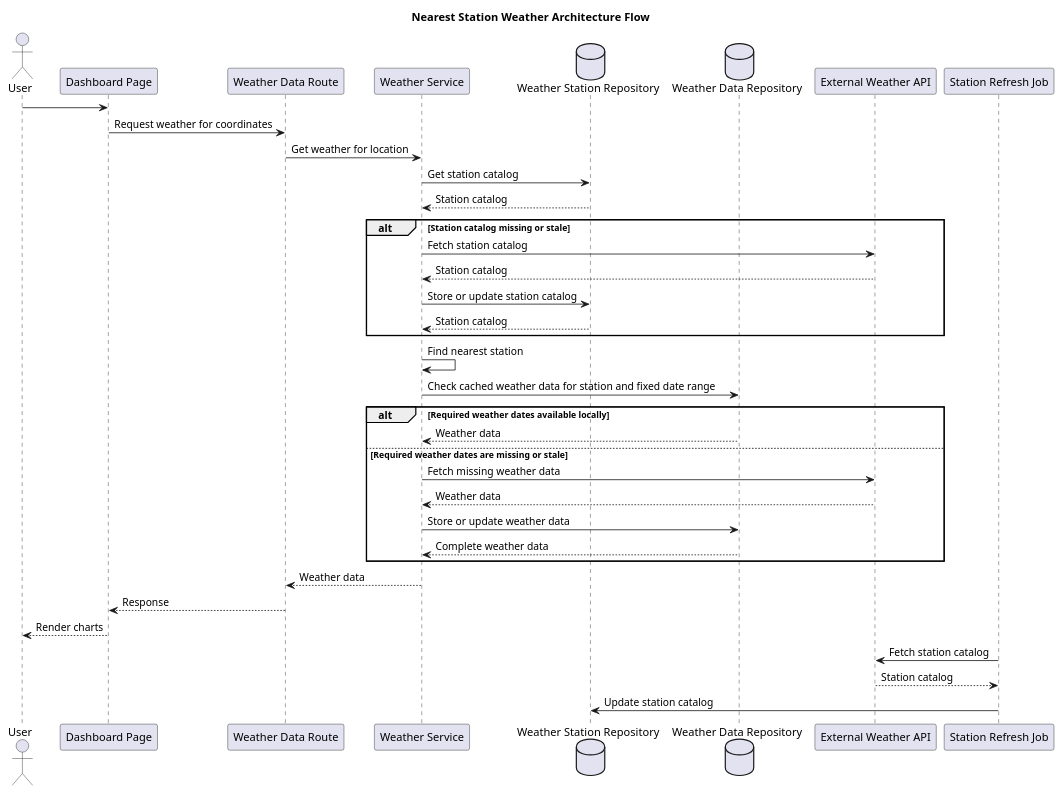
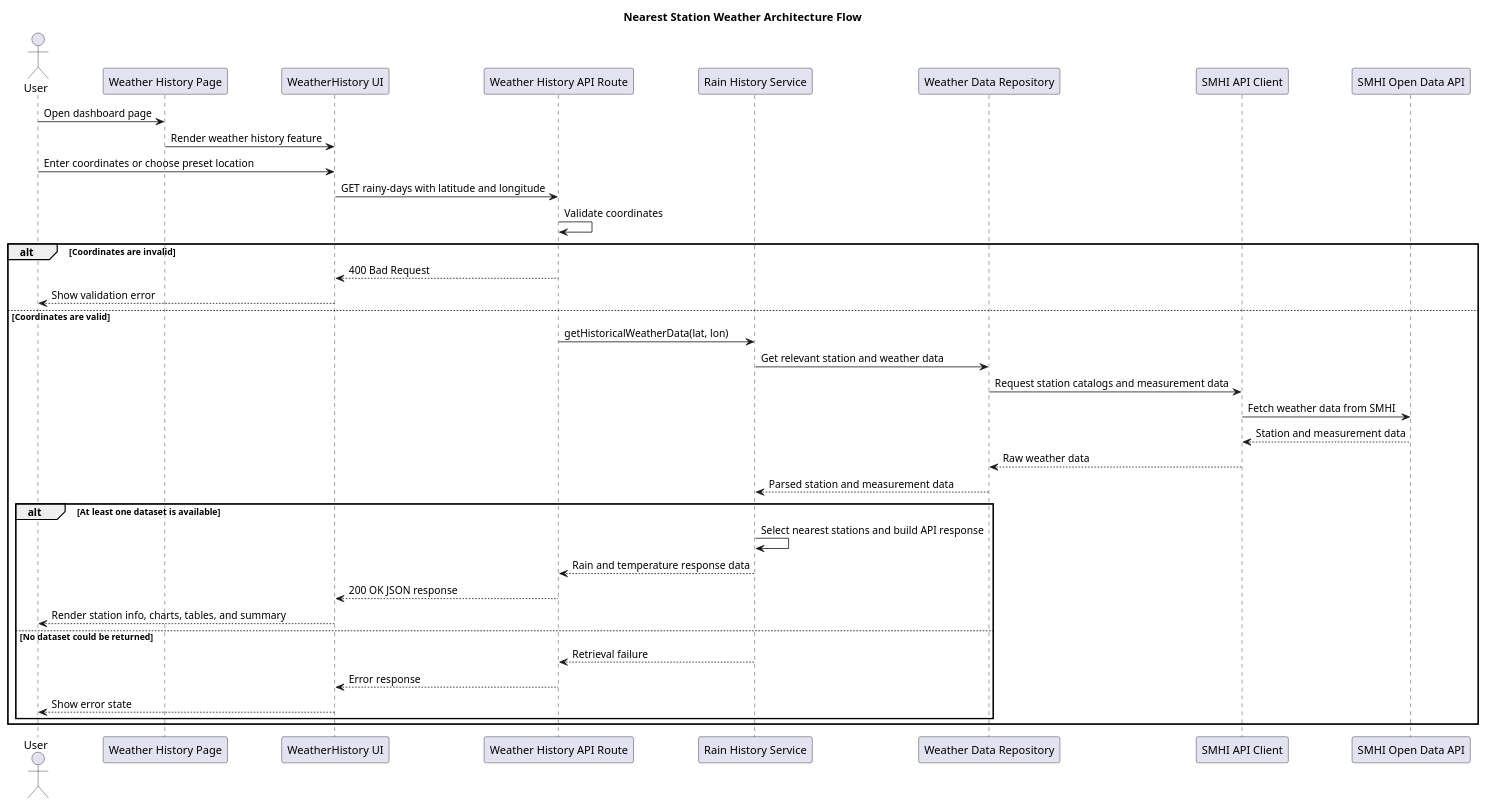
One commit to OscarFilip/mushroom-mood changed the diagram in docs/uml/architecture-nearest-station-weather.puml. Above: the diagram before and after it, drawn with PlantUML. The commit also changed 9 other files, not shown here.

```diff
--- a/docs/uml/architecture-nearest-station-weather.puml
+++ b/docs/uml/architecture-nearest-station-weather.puml
@@ -1,47 +1,43 @@
 @startuml architecture-nearest-station-weather
 title Nearest Station Weather Architecture Flow
 
 actor User
-participant "Dashboard Page" as Dashboard
-participant "Weather Data Route" as Route
-participant "Weather Service" as Service
-database "Weather Station Repository" as StationRepo
-database "Weather Data Repository" as DataRepo
-participant "External Weather API" as ExternalApi
-participant "Station Refresh Job" as RefreshJob
+participant "Weather History Page" as WeatherHistoryPage
+participant "WeatherHistory UI" as WeatherHistoryUi
+participant "Weather History API Route" as WeatherHistoryRoute
+participant "Rain History Service" as RainHistoryService
+participant "Weather Data Repository" as WeatherDataRepository
+participant "SMHI API Client" as SmhiApiClient
+participant "SMHI Open Data API" as SmhiOpenDataApi
 
-User -> Dashboard
-Dashboard -> Route: Request weather for coordinates
-Route -> Service: Get weather for location
+User -> WeatherHistoryPage: Open dashboard page
+WeatherHistoryPage -> WeatherHistoryUi: Render weather history feature
+User -> WeatherHistoryUi: Enter coordinates or choose preset location
+WeatherHistoryUi -> WeatherHistoryRoute: GET rainy-days with latitude and longitude
+WeatherHistoryRoute -> WeatherHistoryRoute: Validate coordinates
 
-Service -> StationRepo: Get station catalog
-StationRepo --> Service: Station catalog
+alt Coordinates are invalid
+  WeatherHistoryRoute --> WeatherHistoryUi: 400 Bad Request
+  WeatherHistoryUi --> User: Show validation error
+else Coordinates are valid
+  WeatherHistoryRoute -> RainHistoryService: getHistoricalWeatherData(lat, lon)
+  RainHistoryService -> WeatherDataRepository: Get relevant station and weather data
+  WeatherDataRepository -> SmhiApiClient: Request station catalogs and measurement data
+  SmhiApiClient -> SmhiOpenDataApi: Fetch weather data from SMHI
+  SmhiOpenDataApi --> SmhiApiClient: Station and measurement data
+  SmhiApiClient --> WeatherDataRepository: Raw weather data
+  WeatherDataRepository --> RainHistoryService: Parsed station and measurement data
 
-alt Station catalog missing or stale
-  Service -> ExternalApi: Fetch station catalog
-  ExternalApi --> Service: Station catalog
-  Service -> StationRepo: Store or update station catalog
-  StationRepo --> Service: Station catalog
+  alt At least one dataset is available
+    RainHistoryService -> RainHistoryService: Select nearest stations and build API response
+    RainHistoryService --> WeatherHistoryRoute: Rain and temperature response data
+    WeatherHistoryRoute --> WeatherHistoryUi: 200 OK JSON response
+    WeatherHistoryUi --> User: Render station info, charts, tables, and summary
+  else No dataset could be returned
+    RainHistoryService --> WeatherHistoryRoute: Retrieval failure
+    WeatherHistoryRoute --> WeatherHistoryUi: Error response
+    WeatherHistoryUi --> User: Show error state
+  end
 end
 
-Service -> Service: Find nearest station
-Service -> DataRepo: Check cached weather data for station and fixed date range
-
-alt Required weather dates available locally
-  DataRepo --> Service: Weather data
-else Required weather dates are missing or stale
-  Service -> ExternalApi: Fetch missing weather data
-  ExternalApi --> Service: Weather data
-  Service -> DataRepo: Store or update weather data
-  DataRepo --> Service: Complete weather data
-end
-
-Service --> Route: Weather data
-Route --> Dashboard: Response
-Dashboard --> User: Render charts
-
-RefreshJob -> ExternalApi: Fetch station catalog
-ExternalApi --> RefreshJob: Station catalog
-RefreshJob -> StationRepo: Update station catalog
-
 @enduml
```
